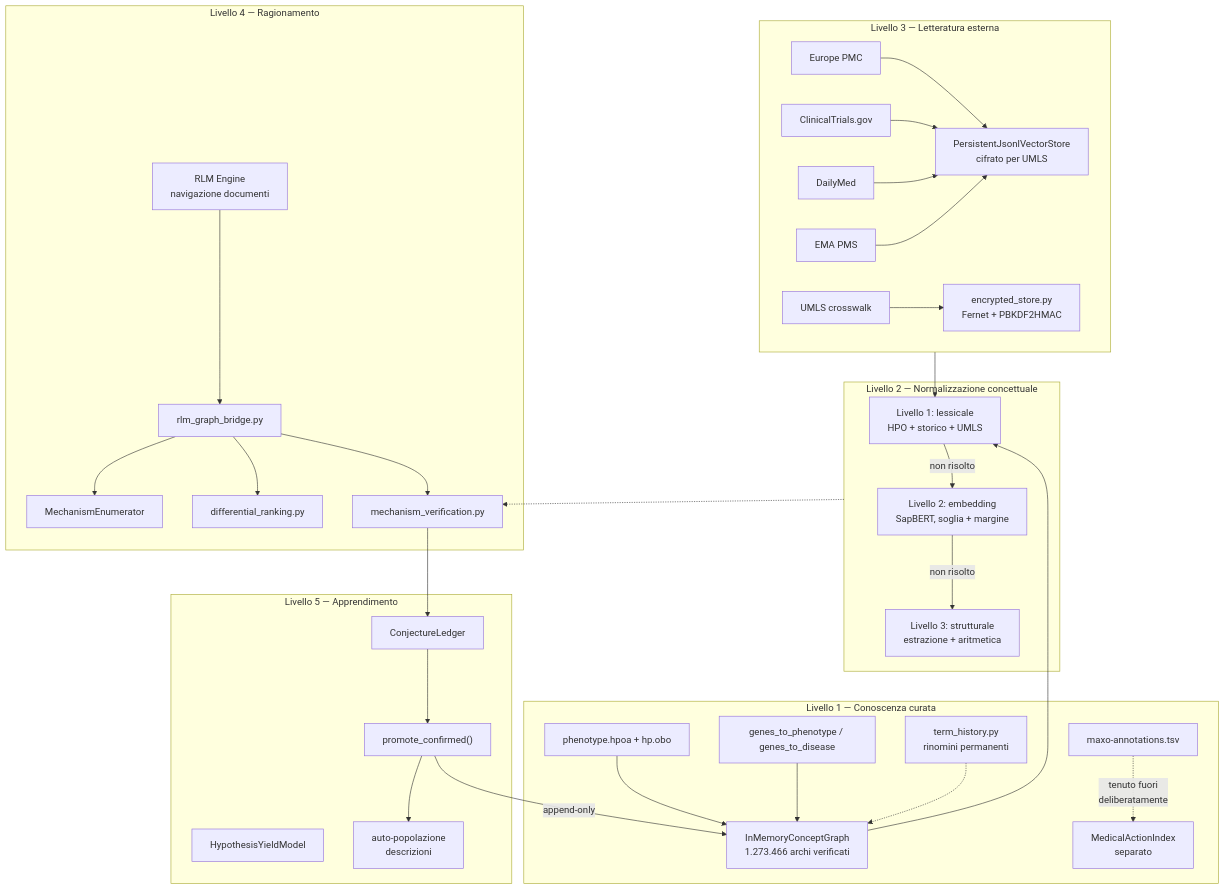
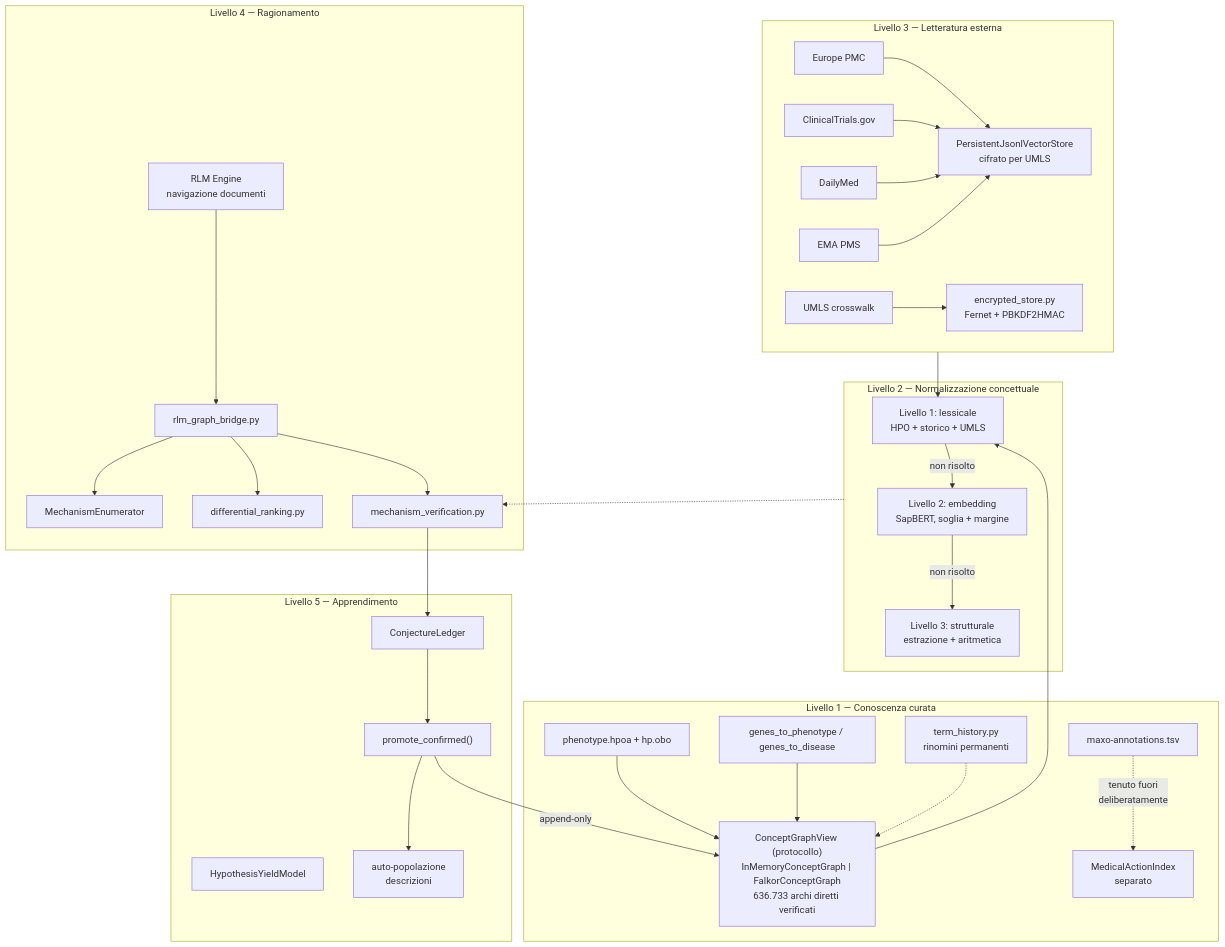
Before and after one commit to francescoluciolattari/Melampo-AI: the first of 4 diagrams in docs/TECHNICAL_TREATISE.md, drawn with Mermaid. The commit also changed other lines of this file and 4 other files, not shown here.

````diff
--- a/docs/TECHNICAL_TREATISE.md
+++ b/docs/TECHNICAL_TREATISE.md
@@ -373,62 +383,62 @@
 ```mermaid
 flowchart TB
     subgraph L1["Livello 1 — Conoscenza curata"]
         HPO["phenotype.hpoa + hp.obo"]
         GENI["genes_to_phenotype / genes_to_disease"]
         MAXO["maxo-annotations.tsv"]
-        GRAFO["InMemoryConceptGraph\n1.273.466 archi verificati"]
+        GRAFO["ConceptGraphView (protocollo)\nInMemoryConceptGraph | FalkorConceptGraph\n636.733 archi diretti verificati"]
         STORICO["term_history.py\nrinomini permanenti"]
         HPO --> GRAFO
         GENI --> GRAFO
         MAXO -.->|"tenuto fuori\ndeliberatamente"| MEDACTIONS["MedicalActionIndex\nseparato"]
         STORICO -.-> GRAFO
     end
 
     subgraph L2["Livello 2 — Normalizzazione concettuale"]
         T1["Livello 1: lessicale\nHPO + storico + UMLS"]
         T2["Livello 2: embedding\nSapBERT, soglia + margine"]
         T3["Livello 3: strutturale\nestrazione + aritmetica"]
         T1 -->|"non risolto"| T2
         T2 -->|"non risolto"| T3
     end
 
     subgraph L3["Livello 3 — Letteratura esterna"]
         PMC["Europe PMC"]
         CT["ClinicalTrials.gov"]
         DM["DailyMed"]
         EMA["EMA PMS"]
         UMLSC["UMLS crosswalk"]
         VETT["PersistentJsonlVectorStore\ncifrato per UMLS"]
         PMC --> VETT
         CT --> VETT
         DM --> VETT
         EMA --> VETT
         UMLSC --> CIFRA["encrypted_store.py\nFernet + PBKDF2HMAC"]
     end
 
     subgraph L4["Livello 4 — Ragionamento"]
         RLM["RLM Engine\nnavigazione documenti"]
         PONTE["rlm_graph_bridge.py"]
         ENUM["MechanismEnumerator"]
         DIFF["differential_ranking.py"]
         VERIFY["mechanism_verification.py"]
         RLM --> PONTE
         PONTE --> ENUM
         PONTE --> DIFF
         PONTE --> VERIFY
     end
 
     subgraph L5["Livello 5 — Apprendimento"]
         LEDGER["ConjectureLedger"]
         PROMO["promote_confirmed()"]
         YIELD["HypothesisYieldModel"]
         LEDGER --> PROMO
         PROMO -->|"append-only"| GRAFO
         PROMO --> DESC["auto-popolazione\ndescrizioni"]
     end
 
     GRAFO --> T1
     L3 --> T1
     VERIFY --> LEDGER
     L2 -.-> VERIFY
 ```
````
